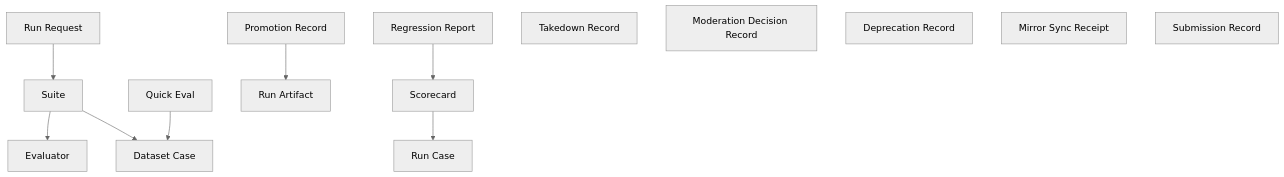
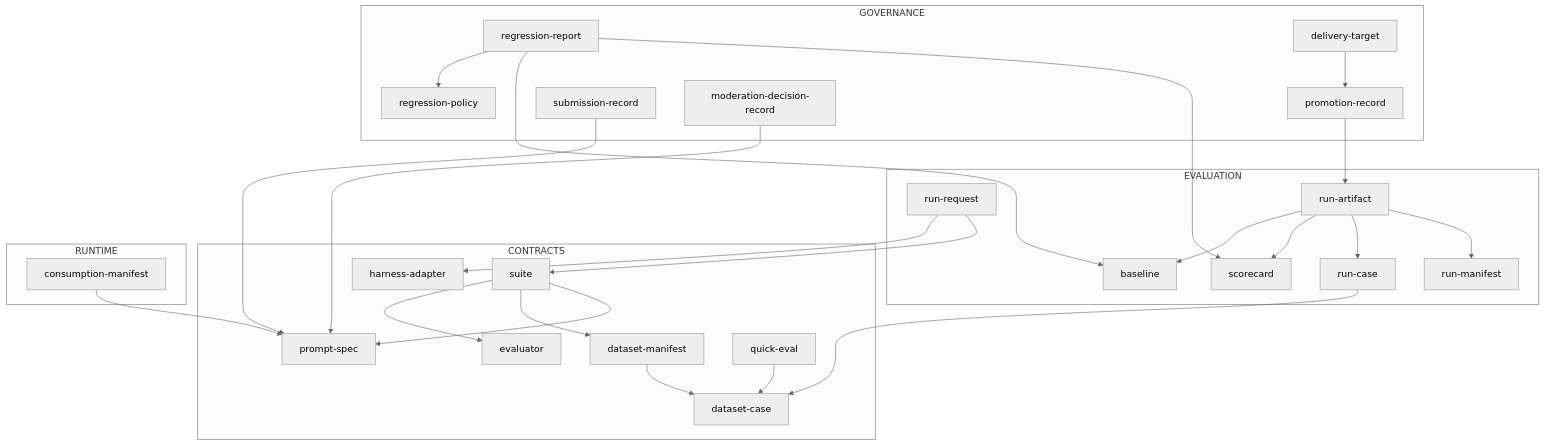
One commit to BintzGavin/apastra changed the diagram in docs/dashboards/schema-dependency-graph.md. Above: the diagram before and after it, drawn with Mermaid (neutral theme). The commit also changed other lines of this file and 45 other files, not shown here.

````diff
--- a/docs/dashboards/schema-dependency-graph.md
+++ b/docs/dashboards/schema-dependency-graph.md
@@ -12,15 +14,60 @@
 ```mermaid
-graph TD
-  A[Run Request] --> B[Suite]
-  B --> C[Evaluator]
-  B --> D[Dataset]
-  E[Scorecard] --> F[Run Case]
-  G[Regression Report] --> E
-  H[Promotion Record] --> I[Run Artifact]
-  J[Quick Eval] --> D[Dataset Case]
-  K[Takedown Record]
-  L[Moderation Decision Record]
-  M[Deprecation Record]
-  N[Mirror Sync Receipt]
-  O[Submission Record]
+flowchart TD
+  subgraph CONTRACTS
+    PS[prompt-spec]
+    DM[dataset-manifest]
+    DC[dataset-case]
+    E[evaluator]
+    S[suite]
+    HA[harness-adapter]
+    QE[quick-eval]
+  end
+
+  subgraph EVALUATION
+    RR[run-request]
+    RA[run-artifact]
+    RM[run-manifest]
+    RC[run-case]
+    SC[scorecard]
+    B[baseline]
+  end
+
+  subgraph GOVERNANCE
+    RP[regression-policy]
+    RRep[regression-report]
+    PR[promotion-record]
+    DT[delivery-target]
+    SR[submission-record]
+    MDR[moderation-decision-record]
+  end
+
+  subgraph RUNTIME
+    CM[consumption-manifest]
+  end
+
+  S --> PS
+  S --> DM
+  S --> E
+  DM --> DC
+  QE --> DC
+
+  RR --> S
+  RR --> HA
+
+  RA --> RM
+  RA --> RC
+  RA --> SC
+  RA --> B
+  RC --> DC
+
+  RRep --> SC
+  RRep --> B
+  RRep --> RP
+
+  PR --> RA
+  DT --> PR
+  SR --> PS
+  MDR --> PS
+
+  CM --> PS
 ```
````
